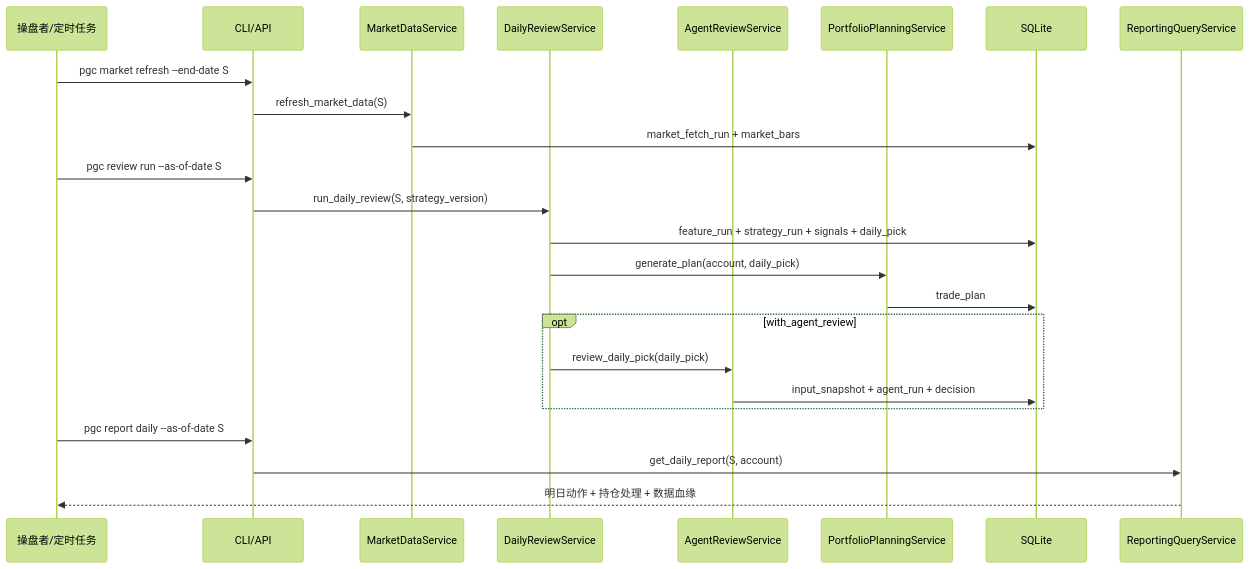
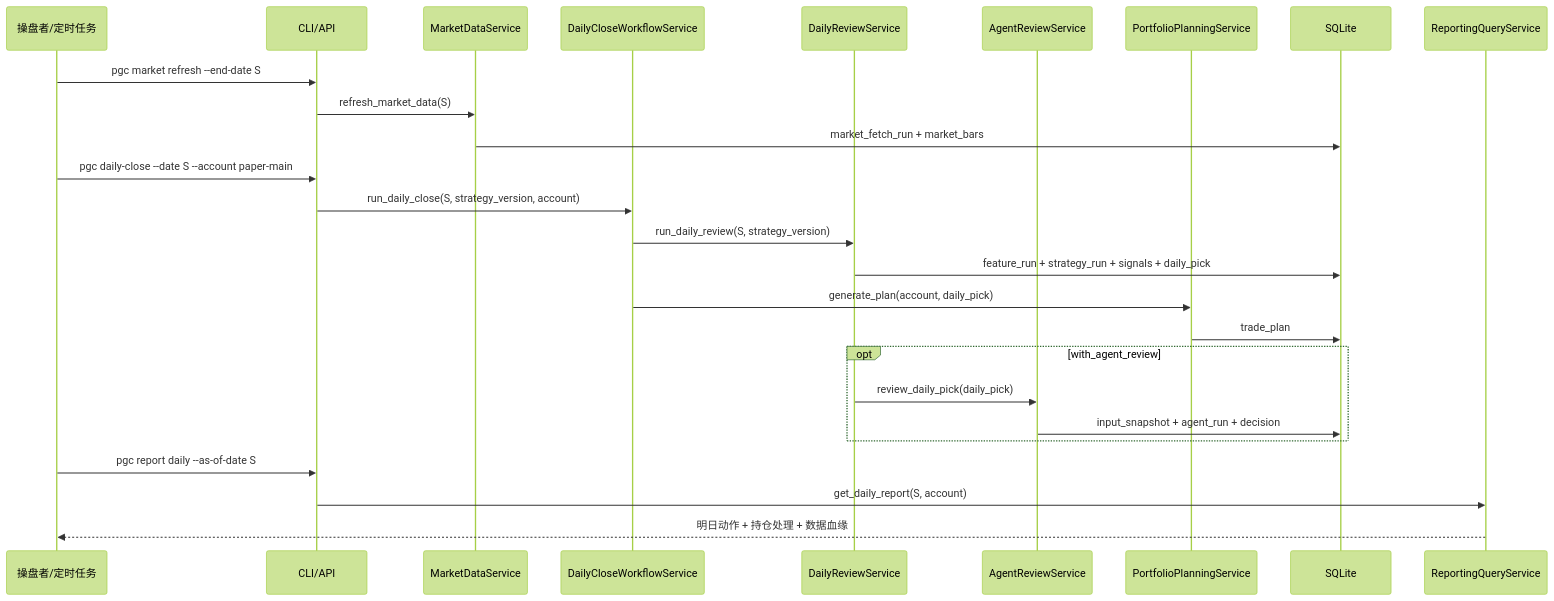
One commit to Azbboo/pgc-a changed the second of 4 diagrams in reports/api_cli_contract_design.md. Above: the diagram before and after it, drawn with Mermaid (forest theme). The commit also changed other lines of this file and 3 other files, not shown here.

````diff
--- a/reports/api_cli_contract_design.md
+++ b/reports/api_cli_contract_design.md
@@ -634,27 +664,29 @@
 ```mermaid
 sequenceDiagram
   participant Op as 操盘者/定时任务
   participant CLI as CLI/API
   participant Market as MarketDataService
+  participant Workflow as DailyCloseWorkflowService
   participant Review as DailyReviewService
   participant Agent as AgentReviewService
   participant Plan as PortfolioPlanningService
   participant Store as SQLite
   participant Report as ReportingQueryService
 
   Op->>CLI: pgc market refresh --end-date S
   CLI->>Market: refresh_market_data(S)
   Market->>Store: market_fetch_run + market_bars
-  Op->>CLI: pgc review run --as-of-date S
-  CLI->>Review: run_daily_review(S, strategy_version)
+  Op->>CLI: pgc daily-close --date S --account paper-main
+  CLI->>Workflow: run_daily_close(S, strategy_version, account)
+  Workflow->>Review: run_daily_review(S, strategy_version)
   Review->>Store: feature_run + strategy_run + signals + daily_pick
-  Review->>Plan: generate_plan(account, daily_pick)
+  Workflow->>Plan: generate_plan(account, daily_pick)
   Plan->>Store: trade_plan
   opt with_agent_review
     Review->>Agent: review_daily_pick(daily_pick)
     Agent->>Store: input_snapshot + agent_run + decision
   end
   Op->>CLI: pgc report daily --as-of-date S
   CLI->>Report: get_daily_report(S, account)
   Report-->>Op: 明日动作 + 持仓处理 + 数据血缘
 ```
````
